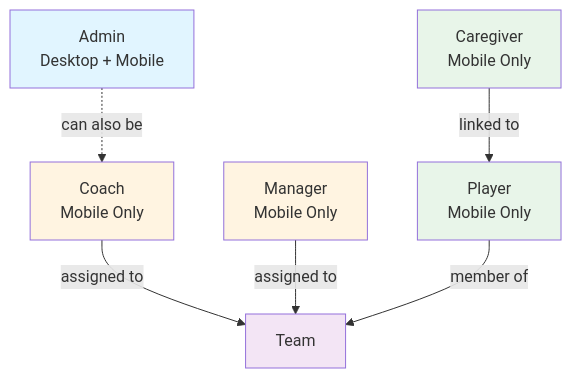
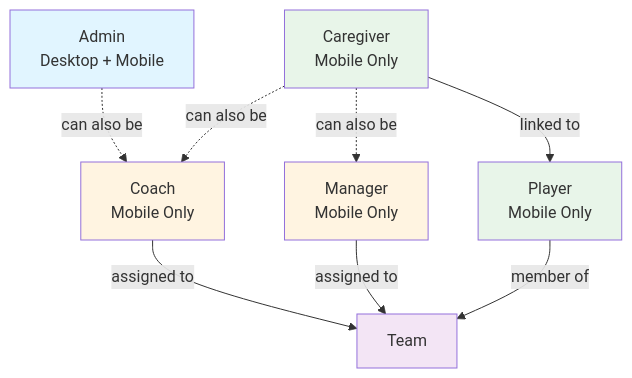
The first of 8 diagrams in .kiro/specs/football-coaching-app/diagrams.md (Mikebrooke65/coaching-app-prototype), drawn with Mermaid before and after one commit. The commit also changed other lines of this file and 1 other file, not shown here.

Commit message:
Update requirements and diagrams: add dual roles, skill categories, and two-tier announcements

````diff
--- a/.kiro/specs/football-coaching-app/diagrams.md
+++ b/.kiro/specs/football-coaching-app/diagrams.md
@@ -5,22 +5,24 @@
 ```mermaid
 graph TB
     Admin[Admin<br/>Desktop + Mobile]
     Coach[Coach<br/>Mobile Only]
     Manager[Manager<br/>Mobile Only]
     Player[Player<br/>Mobile Only]
     Caregiver[Caregiver<br/>Mobile Only]
     Team[Team]
     
     Admin -.->|can also be| Coach
+    Caregiver -.->|can also be| Manager
+    Caregiver -.->|can also be| Coach
     Coach -->|assigned to| Team
     Manager -->|assigned to| Team
     Player -->|member of| Team
     Caregiver -->|linked to| Player
     
     style Admin fill:#e1f5ff
     style Coach fill:#fff4e1
     style Manager fill:#fff4e1
     style Player fill:#e8f5e9
     style Caregiver fill:#e8f5e9
     style Team fill:#f3e5f5
 ```
````
